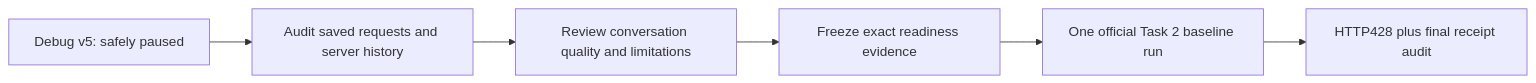
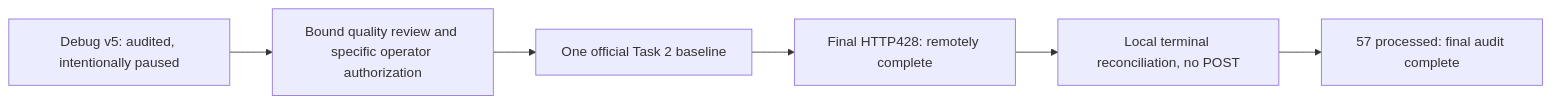
Before and after one commit to npatta01/trec-usersim-2026: the first of 5 diagrams in docs/task2_architecture.md, drawn with Mermaid. The commit also changed other lines of this file and 20 other files, not shown here.

````diff
--- a/docs/task2_architecture.md
+++ b/docs/task2_architecture.md
@@ -13,8 +10,8 @@
 ```mermaid
 flowchart LR
-    D[Debug v5: safely paused] --> A[Audit saved requests and server history]
-    A --> Q[Review conversation quality and limitations]
-    Q --> G[Freeze exact readiness evidence]
-    G --> O[One official Task 2 baseline run]
-    O --> F[HTTP428 plus final receipt audit]
+    D[Debug v5: audited, intentionally paused] --> Q[Bound quality review and specific operator authorization]
+    Q --> O[One official Task 2 baseline]
+    O --> F[Final HTTP428: remotely complete]
+    F --> R[Local terminal reconciliation, no POST]
+    R --> A[57 processed: final audit complete]
 ```
````
